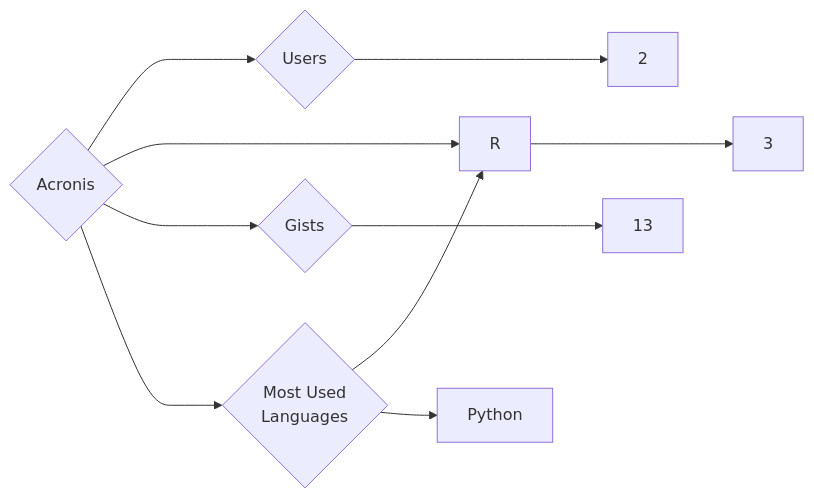
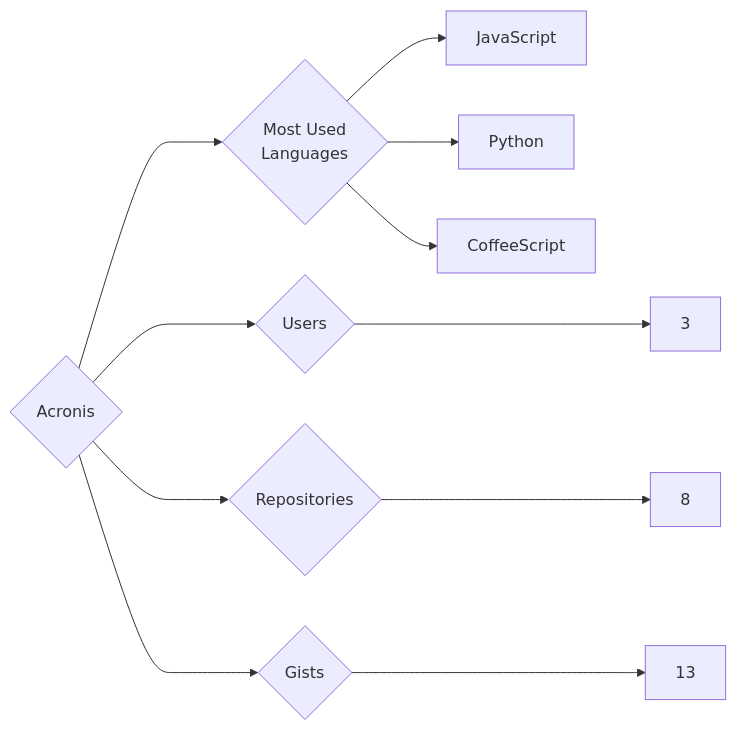
The diagram in targets/Acronis/README.md (trickest/insiders), drawn with Mermaid before and after one commit. The commit also changed 1003 other files, not shown here.

````diff
--- a/targets/Acronis/README.md
+++ b/targets/Acronis/README.md
@@ -3,10 +3,11 @@
 ```mermaid
 graph LR
 COMPANY_NAME{Acronis}
-COMPANY_NAME ---> U{Users} ---> UN[2]
-COMPANY_NAME ---> R{Repositories} ---> RN[3]
+COMPANY_NAME ---> U{Users} ---> UN[3]
+COMPANY_NAME ---> R{Repositories} ---> RN[8]
 COMPANY_NAME ---> G{Gists} ---> GN[13]
 COMPANY_NAME ---> ML{Most Used<br>Languages}
-ML --> R[R]
+ML --> JavaScript[JavaScript]
 ML --> Python[Python]
+ML --> CoffeeScript[CoffeeScript]
 ```
````
